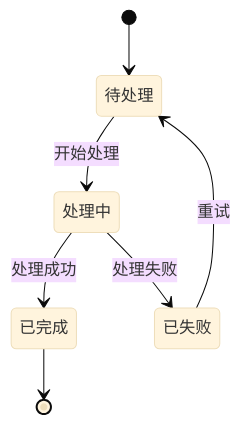
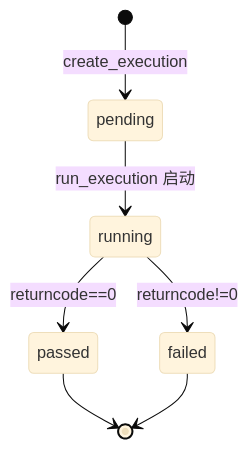
Before and after one commit to Rogers501/automation-platform: the eighth of 10 diagrams in docs/详细设计文档.md, drawn with Mermaid (base theme). The commit also changed other lines of this file and 9 other files, not shown here.

````diff
--- a/docs/详细设计文档.md
+++ b/docs/详细设计文档.md
@@ -323,9 +552,9 @@
 ```mermaid
 stateDiagram-v2
-    [*] --> 待处理
-    待处理 --> 处理中: 开始处理
-    处理中 --> 已完成: 处理成功
-    处理中 --> 已失败: 处理失败
-    已失败 --> 待处理: 重试
-    已完成 --> [*]
+    [*] --> pending: create_execution
+    pending --> running: run_execution 启动
+    running --> passed: returncode==0
+    running --> failed: returncode!=0
+    passed --> [*]
+    failed --> [*]
 ```
````
